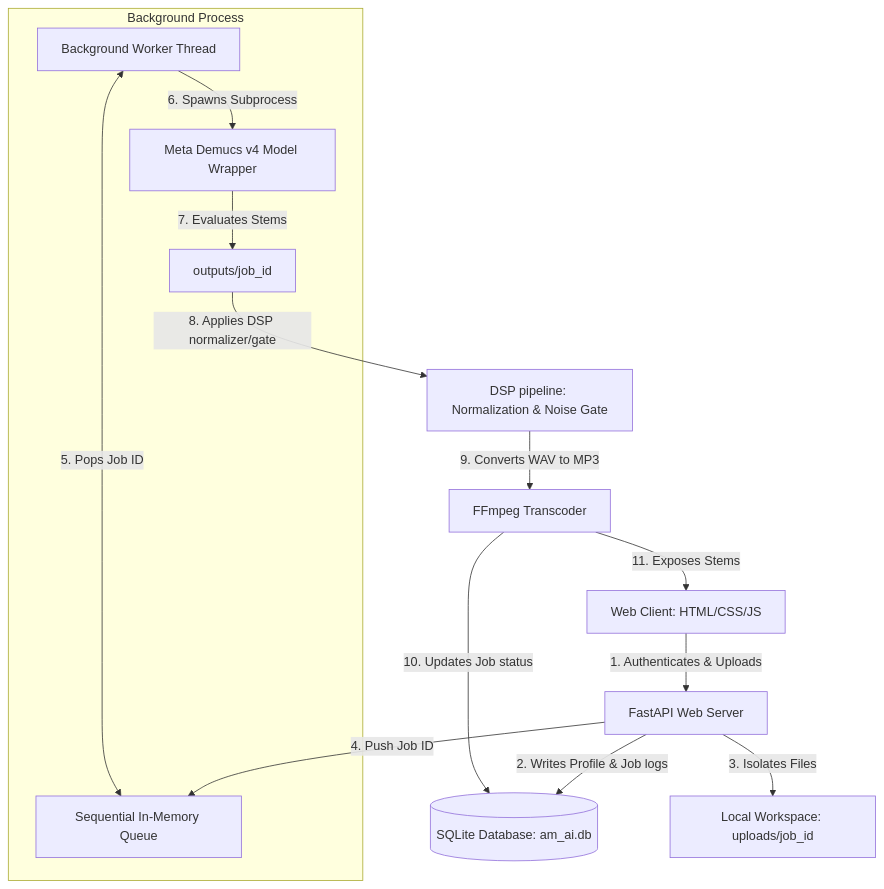
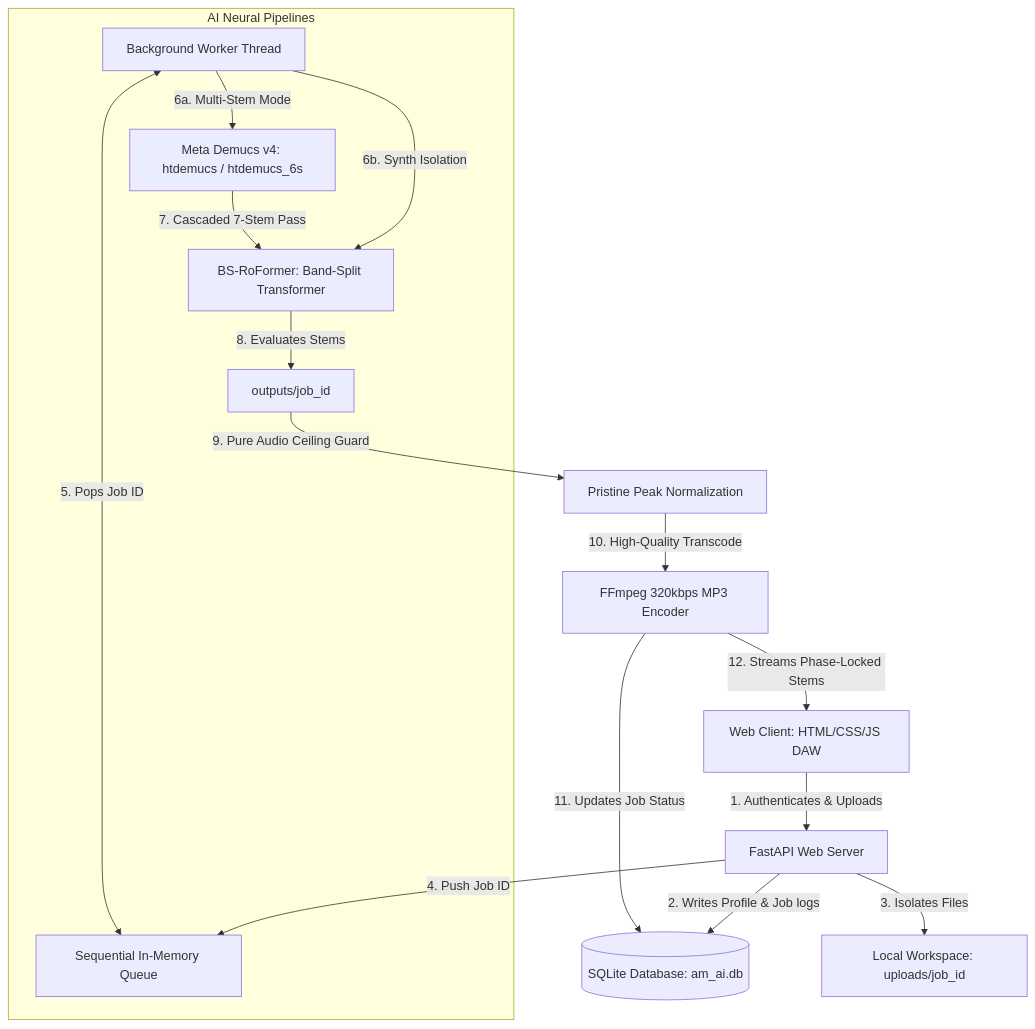
One commit to ArshadHussain-sk/AM_AI changed the diagram in README.md. Above: the diagram before and after it, drawn with Mermaid. The commit also changed other lines of this file and 7 other files, not shown here.

Commit message:
feat: Add state-of-the-art BS-RoFormer Synthesizer stem engine and 7-stem studio mixer

````diff
--- a/README.md
+++ b/README.md
@@ -19,18 +28,20 @@
 ```mermaid
 flowchart TD
-    Client[Web Client: HTML/CSS/JS] -->|1. Authenticates & Uploads| API[FastAPI Web Server]
+    Client[Web Client: HTML/CSS/JS DAW] -->|1. Authenticates & Uploads| API[FastAPI Web Server]
     API -->|2. Writes Profile & Job logs| DB[(SQLite Database: am_ai.db)]
     API -->|3. Isolates Files| Dir[Local Workspace: uploads/job_id]
     API -->|4. Push Job ID| Queue[Sequential In-Memory Queue]
     
-    subgraph Background Process
+    subgraph AI Neural Pipelines
         Worker[Background Worker Thread] <-->|5. Pops Job ID| Queue
-        Worker -->|6. Spawns Subprocess| Demucs[Meta Demucs v4 Model Wrapper]
-        Demucs -->|7. Evaluates Stems| Outputs[outputs/job_id]
+        Worker -->|6a. Multi-Stem Mode| Demucs[Meta Demucs v4: htdemucs / htdemucs_6s]
+        Worker -->|6b. Synth Isolation| BSRoformer[BS-RoFormer: Band-Split Transformer]
+        Demucs -->|7. Cascaded 7-Stem Pass| BSRoformer
+        BSRoformer -->|8. Evaluates Stems| Outputs[outputs/job_id]
     end
     
-    Outputs -->|8. Applies DSP normalizer/gate| DSP[DSP pipeline: Normalization & Noise Gate]
-    DSP -->|9. Converts WAV to MP3| FFmpeg[FFmpeg Transcoder]
-    FFmpeg -->|10. Updates Job status| DB
-    FFmpeg -->|11. Exposes Stems| Client
+    Outputs -->|9. Pure Audio Ceiling Guard| DSP[Pristine Peak Normalization]
+    DSP -->|10. High-Quality Transcode| FFmpeg[FFmpeg 320kbps MP3 Encoder]
+    FFmpeg -->|11. Updates Job Status| DB
+    FFmpeg -->|12. Streams Phase-Locked Stems| Client
 ```
````
